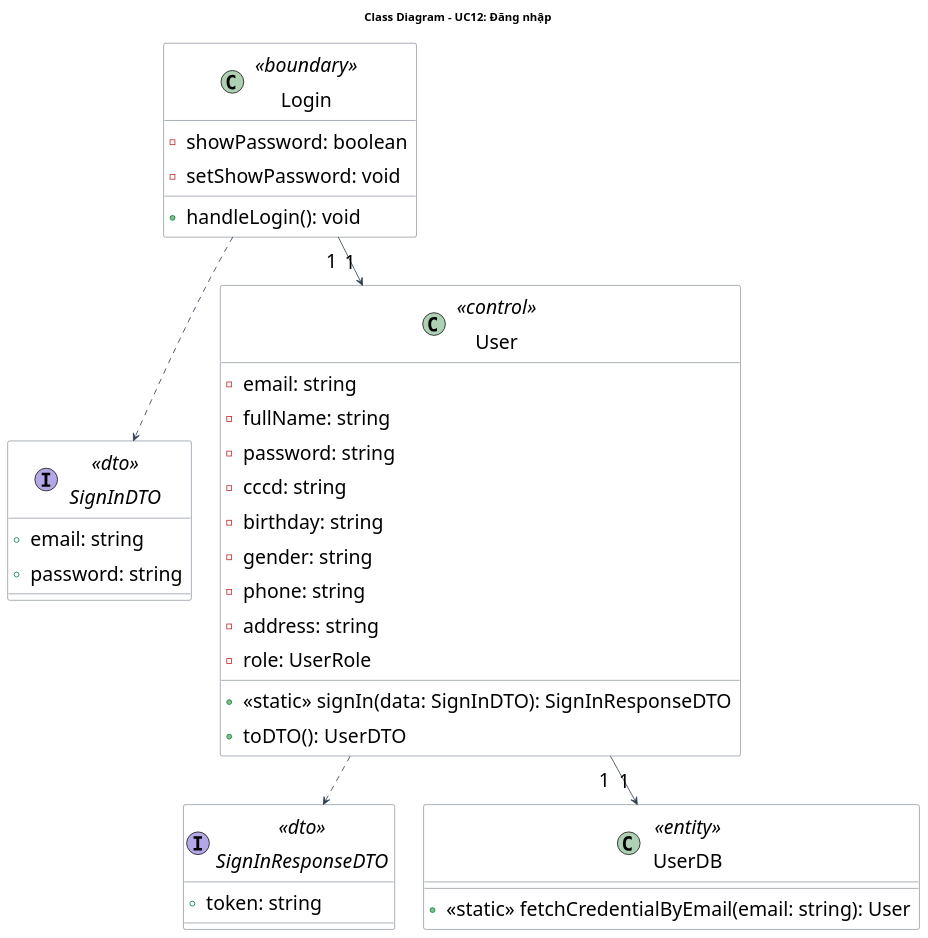
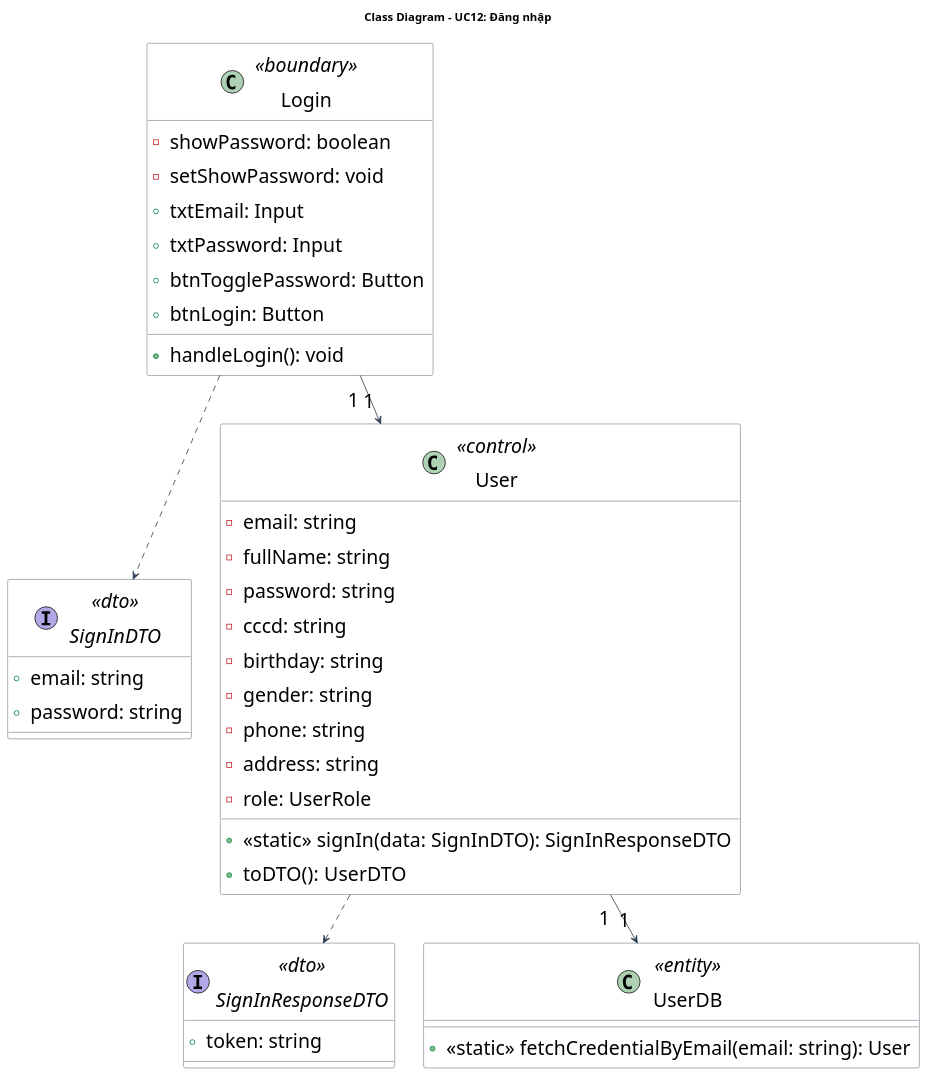
One commit to Gnourt812005/HCMUS-Analyze-and-desgin-IS changed the diagram in doc/system/dang_nhap/DangNhap_ClassDiagram.wsd. Above: the diagram before and after it, drawn with PlantUML. The commit also changed 12 other files, not shown here.

Commit message:
truong/digram: update diagram

```diff
--- a/doc/system/dang_nhap/DangNhap_ClassDiagram.wsd
+++ b/doc/system/dang_nhap/DangNhap_ClassDiagram.wsd
@@ -1,57 +1,61 @@
 @startuml DangNhap_ClassDiagram
 title Class Diagram - UC12: Đăng nhập
 
 ' --- STYLE CONFIGURATION ---
 skinparam {
     ClassBackgroundColor White
     ClassBorderColor #2D3E50
     ArrowColor #2D3E50
     DefaultFontName "Arial"
     DefaultFontSize 24
     Padding 5
 }
 
 ' --- BOUNDARY LAYER ---
 class "Login" as Login <<boundary>> {
     - showPassword: boolean
     - setShowPassword: void
+    + txtEmail: Input
+    + txtPassword: Input
+    + btnTogglePassword: Button
+    + btnLogin: Button
     + handleLogin(): void
 }
 
 ' --- DTO LAYER ---
 interface "SignInDTO" as SignInDTO <<dto>> {
     + email: string
     + password: string
 }
 
 interface "SignInResponseDTO" as SignInResponseDTO <<dto>> {
     + token: string
 }
 
 ' --- BUSINESS LAYER ---
 class "User" as User <<control>> {
     - email: string
     - fullName: string
     - password: string
     - cccd: string
     - birthday: string
     - gender: string
     - phone: string
     - address: string
     - role: UserRole
     + <<static>> signIn(data: SignInDTO): SignInResponseDTO
     + toDTO(): UserDTO
 }
 
 ' --- DATABASE LAYER ---
 class "UserDB" as UserDB <<entity>> {
     + <<static>> fetchCredentialByEmail(email: string): User
 }
 
 ' --- RELATIONSHIPS ---
 Login ..> SignInDTO
 Login "1" --> "1" User
 User ..> SignInResponseDTO
 User "1" --> "1" UserDB
 
 @enduml
```
